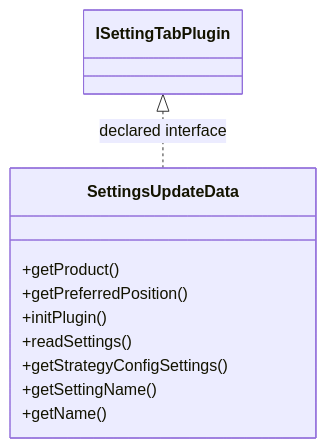
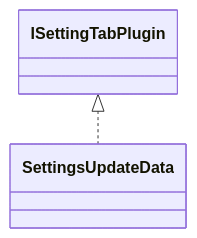
One commit to haruperi/HaruQuantAI changed the diagram in docs/sqx/Shared/SettingsUpdateData.md. Above: the diagram before and after it, drawn with Mermaid. The commit also changed other lines of this file and 1688 other files, not shown here.

````diff
--- a/docs/sqx/Shared/SettingsUpdateData.md
+++ b/docs/sqx/Shared/SettingsUpdateData.md
@@ -30,14 +26,6 @@
 ```mermaid
 classDiagram
-    class Cc015c48bd8aa["SettingsUpdateData"] {
-        +getProduct()
-        +getPreferredPosition()
-        +initPlugin()
-        +readSettings()
-        +getStrategyConfigSettings()
-        +getSettingName()
-        +getName()
-    }
-    class C27734eb41505["ISettingTabPlugin"]
-    C27734eb41505 <|.. Cc015c48bd8aa : declared interface
+    class C0["SettingsUpdateData"]
+    class E0["ISettingTabPlugin"]
+    E0 <|.. C0
 ```
````
